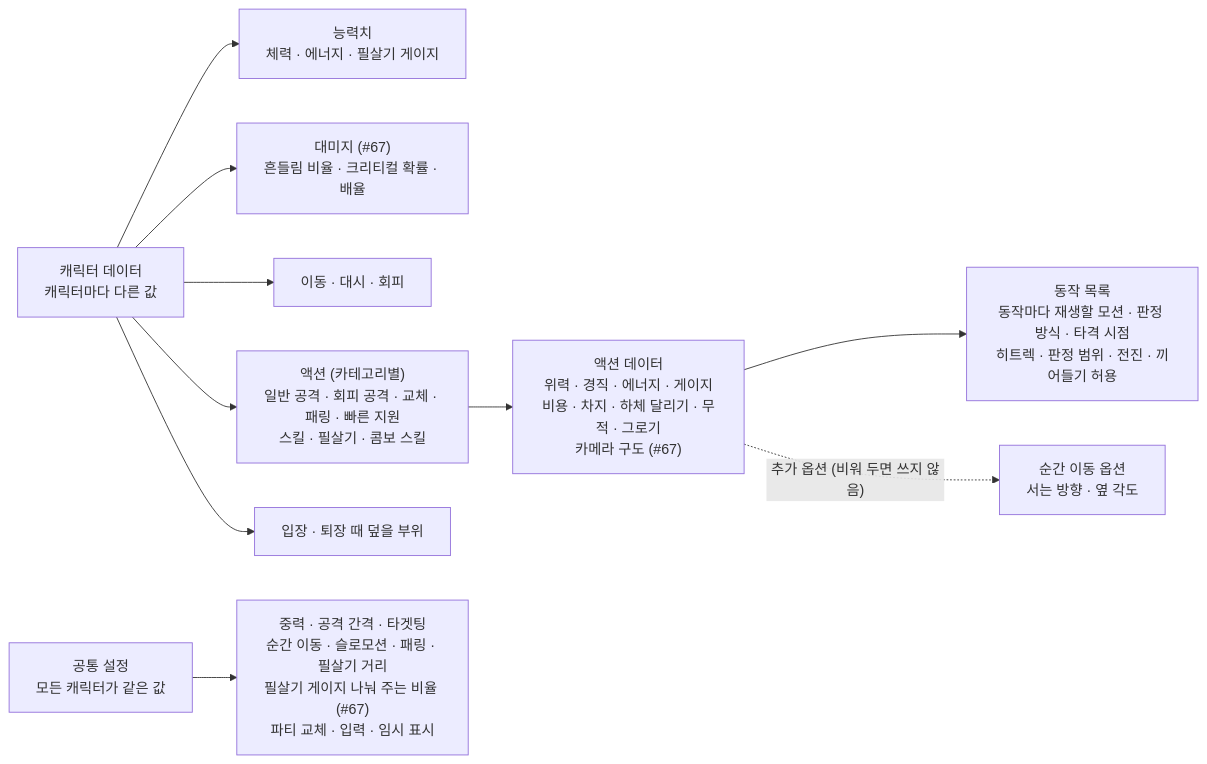
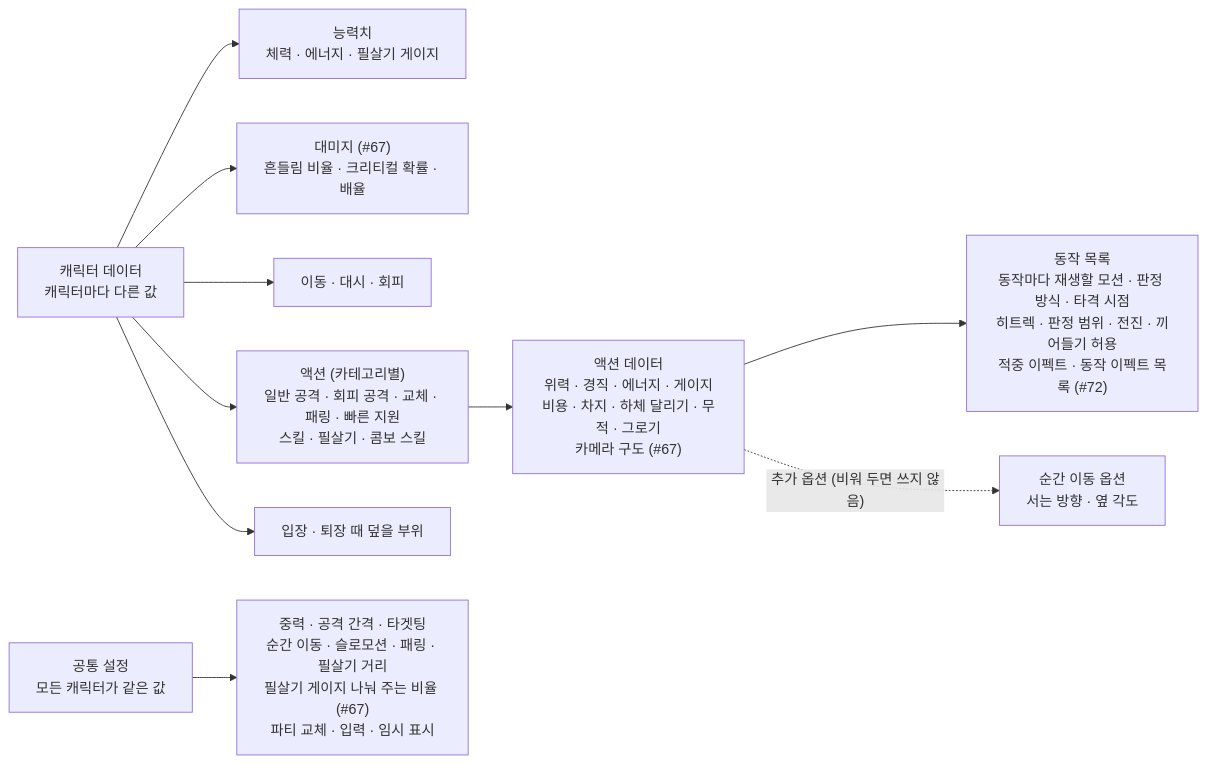
Before and after one commit to SquashPrince/Develrocket_mp15_HHH: the third of 6 diagrams in Docs/Technical/Player/PlayerStructure.md, drawn with Mermaid. The commit also changed other lines of this file and 10 other files, not shown here.

````diff
--- a/Docs/Technical/Player/PlayerStructure.md
+++ b/Docs/Technical/Player/PlayerStructure.md
@@ -90,12 +90,12 @@
 ```mermaid
 flowchart LR
     CH["캐릭터 데이터<br>캐릭터마다 다른 값"] --> STT["능력치<br>체력 · 에너지 · 필살기 게이지"]
     CH --> DM["대미지 (#67)<br>흔들림 비율 · 크리티컬 확률 · 배율"]
     CH --> MV["이동 · 대시 · 회피"]
     CH --> AC["액션 (카테고리별)<br>일반 공격 · 회피 공격 · 교체 · 패링 · 빠른 지원<br>스킬 · 필살기 · 콤보 스킬"]
     CH --> SW["입장 · 퇴장 때 덮을 부위"]
     AC --> AD["액션 데이터<br>위력 · 경직 · 에너지 · 게이지<br>비용 · 차지 · 하체 달리기 · 무적 · 그로기<br>카메라 구도 (#67)"]
-    AD --> STP["동작 목록<br>동작마다 재생할 모션 · 판정 방식 · 타격 시점<br>히트렉 · 판정 범위 · 전진 · 끼어들기 허용"]
+    AD --> STP["동작 목록<br>동작마다 재생할 모션 · 판정 방식 · 타격 시점<br>히트렉 · 판정 범위 · 전진 · 끼어들기 허용<br>적중 이펙트 · 동작 이펙트 목록 (#72)"]
     AD -.->|"추가 옵션 (비워 두면 쓰지 않음)"| OP["순간 이동 옵션<br>서는 방향 · 옆 각도"]
     CS["공통 설정<br>모든 캐릭터가 같은 값"] --> R["중력 · 공격 간격 · 타겟팅<br>순간 이동 · 슬로모션 · 패링 · 필살기 거리<br>필살기 게이지 나눠 주는 비율 (#67)<br>파티 교체 · 입력 · 임시 표시"]
 ```
````
